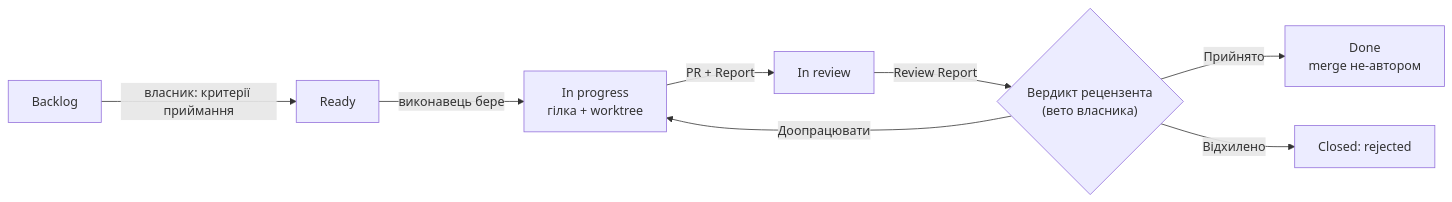
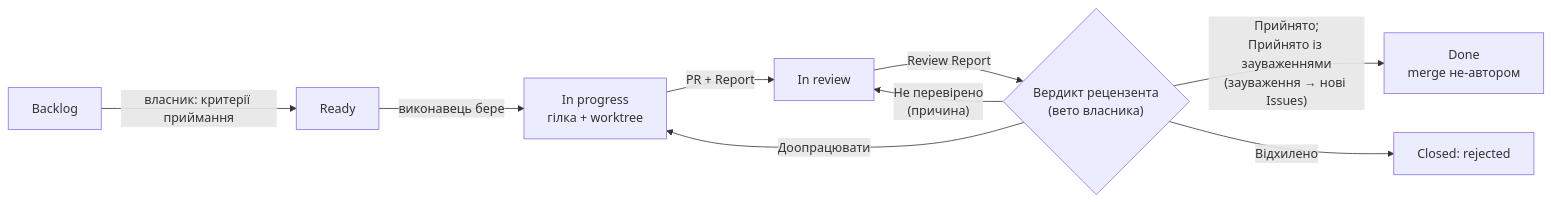
Before and after one commit to nick-fedchik/kuzmin-machine: the first of 3 diagrams in process/PROJECT-MANUAL.md, drawn with Mermaid. The commit also changed other lines of this file and 2 other files, not shown here.

Commit message:
docs: знахідки повторної рецензії PR #37 і схема вердиктів (#53)

````diff
--- a/process/PROJECT-MANUAL.md
+++ b/process/PROJECT-MANUAL.md
@@ -63,10 +63,11 @@
 ```mermaid
 flowchart LR
     B[Backlog] -->|власник: критерії приймання| R[Ready]
     R -->|виконавець бере| P["In progress<br/>гілка + worktree"]
     P -->|PR + Report| V[In review]
     V -->|Review Report| D{"Вердикт рецензента<br/>(вето власника)"}
-    D -->|Прийнято| M["Done<br/>merge не-автором"]
+    D -->|"Прийнято;<br/>Прийнято із зауваженнями<br/>(зауваження → нові Issues)"| M["Done<br/>merge не-автором"]
     D -->|Доопрацювати| P
+    D -->|"Не перевірено<br/>(причина)"| V
     D -->|Відхилено| X["Closed: rejected"]
 ```
````
